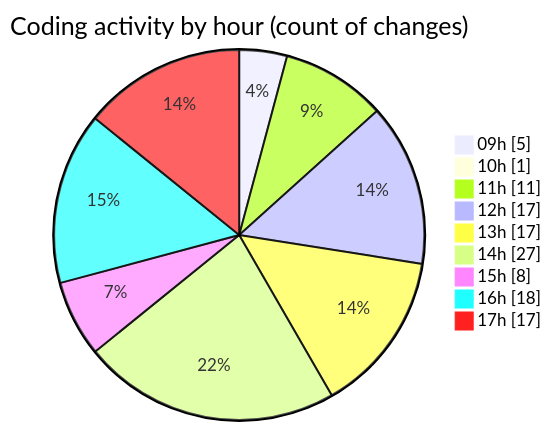
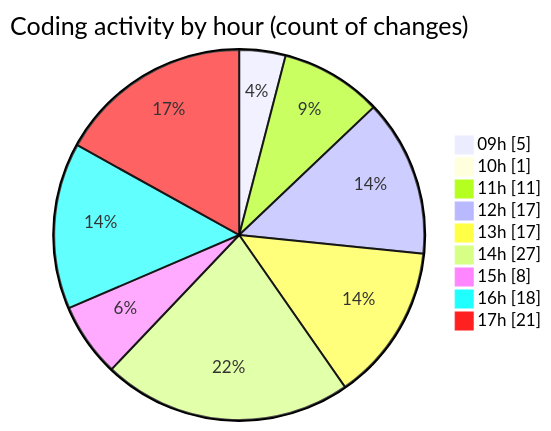
The second of 2 diagrams in 2025-09-04/cda/README.md (momahboobian/code-tracking), drawn with Mermaid before and after one commit. The commit also changed other lines of this file and 1 other file, not shown here.

````diff
--- a/2025-09-04/cda/README.md
+++ b/2025-09-04/cda/README.md
@@ -42,13 +42,13 @@
 ```mermaid
 pie showData
 title Coding activity by hour (count of changes)
 "09h" : 5
 "10h" : 1
 "11h" : 11
 "12h" : 17
 "13h" : 17
 "14h" : 27
 "15h" : 8
 "16h" : 18
-"17h" : 17
+"17h" : 21
 ```
````
